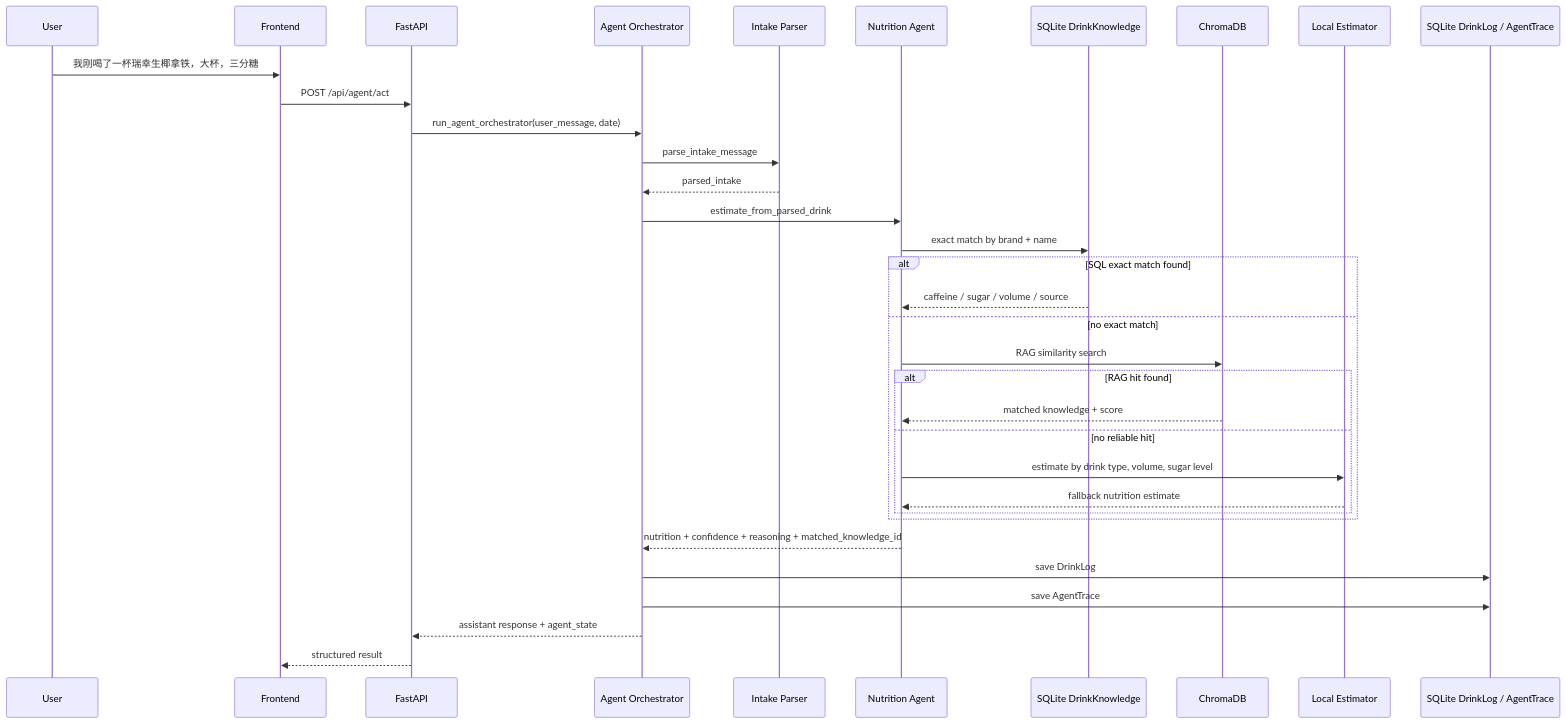
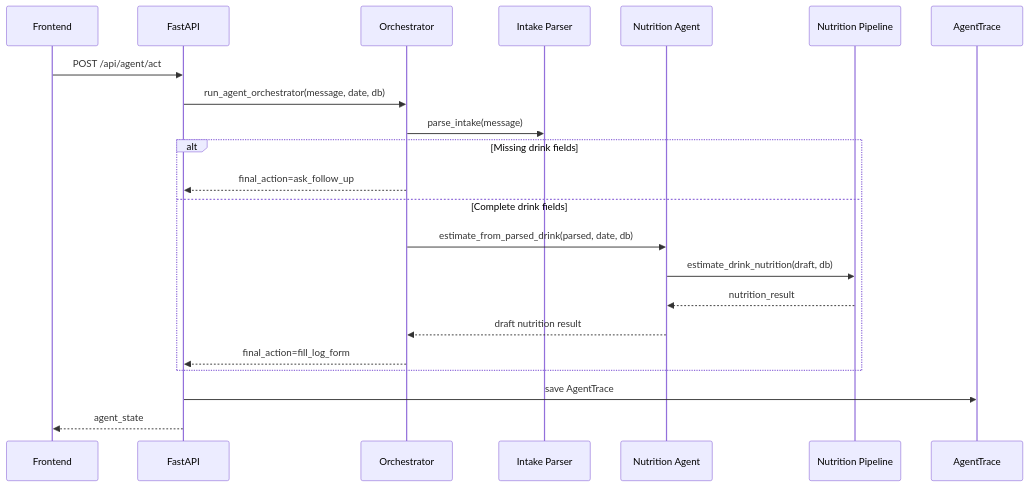
Before and after one commit to Jessiegantang/Caffeine-and-Sugar-Tracker-----: the third of 4 diagrams in docs/architecture.md, drawn with Mermaid. The commit also changed other lines of this file and 3 other files, not shown here.

````diff
--- a/docs/architecture.md
+++ b/docs/architecture.md
@@ -88,39 +130,25 @@
 ```mermaid
 sequenceDiagram
-    participant U as User
     participant FE as Frontend
     participant API as FastAPI
-    participant OR as Agent Orchestrator
+    participant OR as Orchestrator
     participant IP as Intake Parser
     participant NA as Nutrition Agent
-    participant SQL as SQLite DrinkKnowledge
-    participant CH as ChromaDB
-    participant LE as Local Estimator
-    participant DB as SQLite DrinkLog / AgentTrace
+    participant NP as Nutrition Pipeline
+    participant DB as AgentTrace
 
-    U->>FE: 我刚喝了一杯瑞幸生椰拿铁，大杯，三分糖
     FE->>API: POST /api/agent/act
-    API->>OR: run_agent_orchestrator(user_message, date)
-    OR->>IP: parse_intake_message
-    IP-->>OR: parsed_intake
-
-    OR->>NA: estimate_from_parsed_drink
-    NA->>SQL: exact match by brand + name
-    alt SQL exact match found
-        SQL-->>NA: caffeine / sugar / volume / source
-    else no exact match
-        NA->>CH: RAG similarity search
-        alt RAG hit found
-            CH-->>NA: matched knowledge + score
-        else no reliable hit
-            NA->>LE: estimate by drink type, volume, sugar level
-            LE-->>NA: fallback nutrition estimate
-        end
+    API->>OR: run_agent_orchestrator(message, date, db)
+    OR->>IP: parse_intake(message)
+    alt Missing drink fields
+        OR-->>API: final_action=ask_follow_up
+    else Complete drink fields
+        OR->>NA: estimate_from_parsed_drink(parsed, date, db)
+        NA->>NP: estimate_drink_nutrition(draft, db)
+        NP-->>NA: nutrition_result
+        NA-->>OR: draft nutrition result
+        OR-->>API: final_action=fill_log_form
     end
-
-    NA-->>OR: nutrition + confidence + reasoning + matched_knowledge_id
-    OR->>DB: save DrinkLog
-    OR->>DB: save AgentTrace
-    OR-->>API: assistant response + agent_state
-    API-->>FE: structured result
+    API->>DB: save AgentTrace
+    API-->>FE: agent_state
 ```
````
